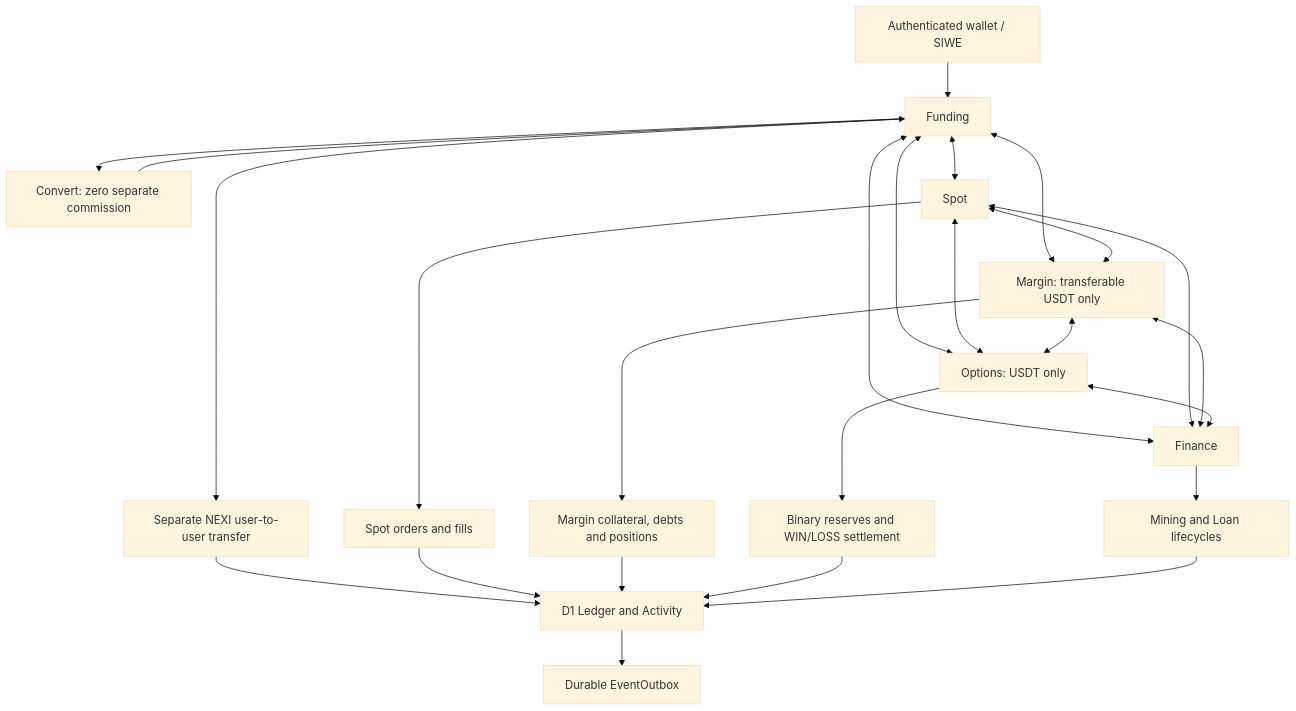
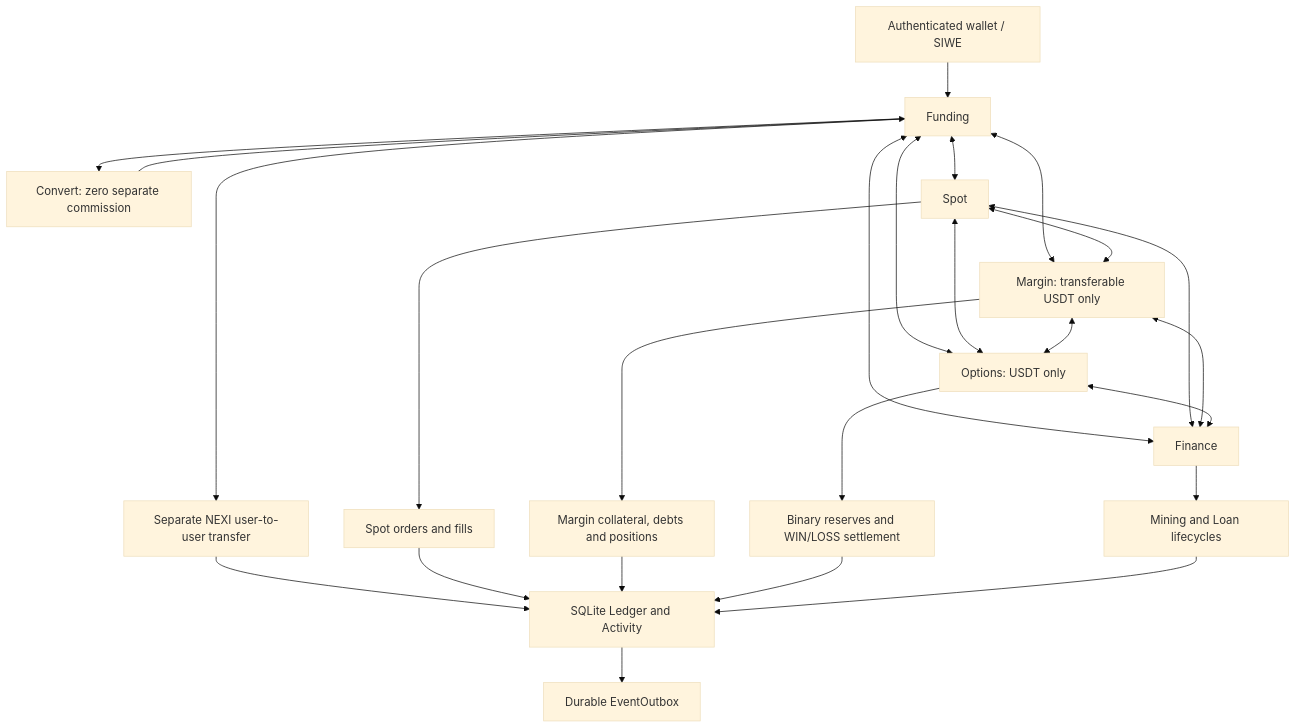
Before and after one commit to Mellonelay/Nexi: the second of 5 diagrams in docs/architecture/NEXI_ARCHITECTURE_DIAGRAMS.md, drawn with Mermaid (base theme). The commit also changed other lines of this file and 102 other files, not shown here.

````diff
--- a/docs/architecture/NEXI_ARCHITECTURE_DIAGRAMS.md
+++ b/docs/architecture/NEXI_ARCHITECTURE_DIAGRAMS.md
@@ -28,27 +26,27 @@
 ```mermaid
 flowchart TD
   W["Authenticated wallet / SIWE"] --> F["Funding"]
   F --> X["Convert: zero separate commission"]
   X --> F
   F <--> SP["Spot"]
   F <--> MG["Margin: transferable USDT only"]
   F <--> OP["Options: USDT only"]
   F <--> FI["Finance"]
   SP <--> MG
   SP <--> OP
   SP <--> FI
   MG <--> OP
   MG <--> FI
   OP <--> FI
   F --> T["Separate NEXI user-to-user transfer"]
   SP --> TP["Spot orders and fills"]
   MG --> MP["Margin collateral, debts and positions"]
   OP --> BP["Binary reserves and WIN/LOSS settlement"]
   FI --> FP["Mining and Loan lifecycles"]
-  T --> L["D1 Ledger and Activity"]
+  T --> L["SQLite Ledger and Activity"]
   TP --> L
   MP --> L
   BP --> L
   FP --> L
   L --> E["Durable EventOutbox"]
 ```
````
